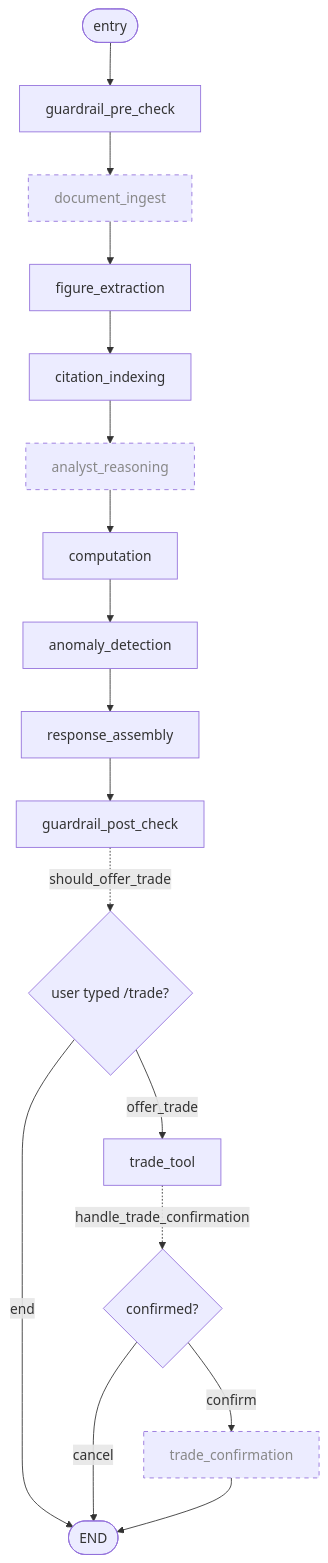
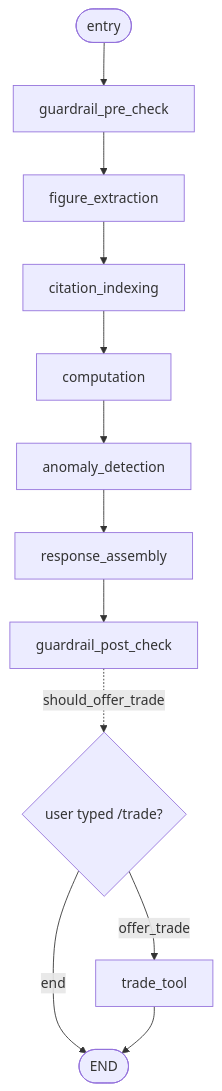
Before and after one commit to brainupgrade-in/biaa-fri: the diagram in README.md, drawn with Mermaid. The commit also changed other lines of this file, not shown here.

First line of the commit message:
docs: README now describes the graph that exists

````diff
--- a/README.md
+++ b/README.md
@@ -48,24 +48,15 @@
 ```mermaid
 flowchart TD
     START([entry]) --> PRE[guardrail_pre_check]
-    PRE --> ING[document_ingest]
-    ING --> FIG[figure_extraction]
+    PRE --> FIG[figure_extraction]
     FIG --> CIT[citation_indexing]
-    CIT --> ANA[analyst_reasoning]
-    ANA --> CMP[computation]
+    CIT --> CMP[computation]
     CMP --> ANM[anomaly_detection]
     ANM --> ASM[response_assembly]
     ASM --> POST[guardrail_post_check]
 
     POST -. should_offer_trade .-> ROUTE{user typed /trade?}
     ROUTE -- offer_trade --> TT[trade_tool]
     ROUTE -- end --> DONE([END])
-
-    TT -. handle_trade_confirmation .-> CONF{confirmed?}
-    CONF -- confirm --> TC[trade_confirmation]
-    CONF -- cancel --> DONE
-    TC --> DONE
-
-    classDef missing stroke-dasharray: 5 5,color:#888
-    class ING,ANA,TC missing
+    TT --> DONE
 ```
````
